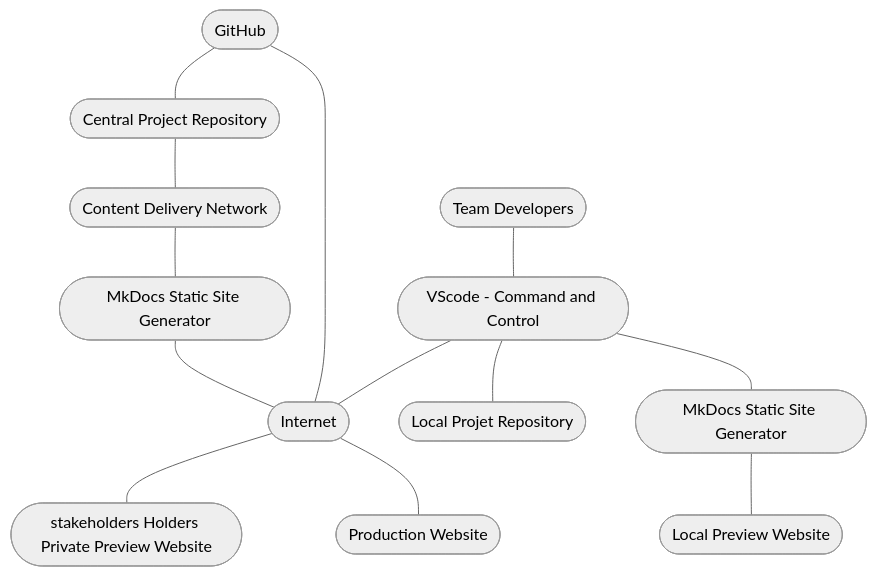
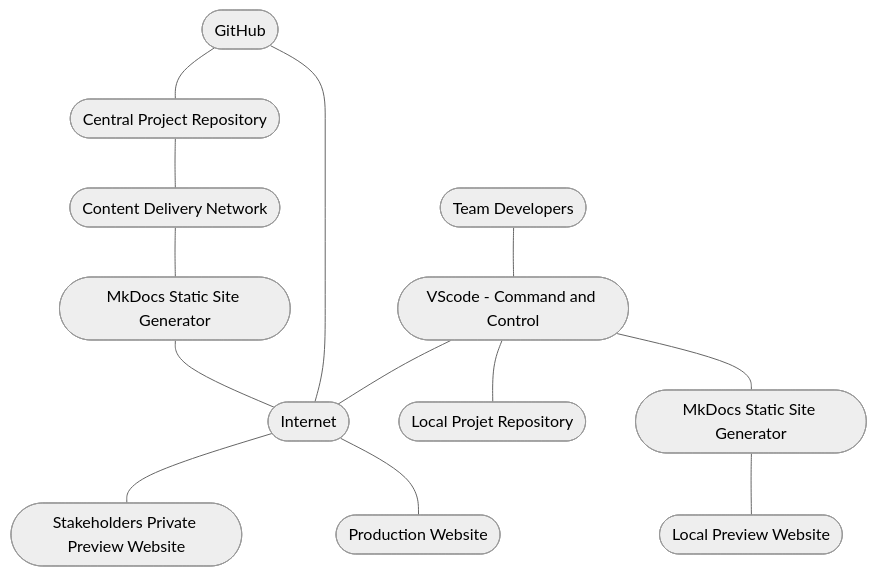
Before and after one commit to JohnTelford/mkdocs: the diagram in docs/dev_stack.md, drawn with Mermaid (neutral theme). The commit also changed other lines of this file and 14 other files, not shown here.

````diff
--- a/docs/dev_stack.md
+++ b/docs/dev_stack.md
@@ -13,52 +13,52 @@
 ``` mermaid
 flowchart TB
 	
 	crepo --- cdn
 
 	cdn --- mkdcdn
 
 	mkdcdn --- net
 
 	dev --- vsc 
 
 	github --- crepo
 
 	github --- net
 	
 	vsc --- lrepo
 	
 	net --- prevweb
 
 	net --- proweb
 
 	vsc --- net
 
 	vsc --- mkd
 
 	mkd --- lpreweb
 
 	dev([Team Developers])
 
 	cdn([Content Delivery Network])
 
 	crepo([Central Project Repository])
 
 	github([GitHub]) 
 
 	lrepo([Local Projet Repository])
 
 	lpreweb([Local Preview Website])
 
 	mkd([MkDocs Static Site Generator])
 
 	mkdcdn([MkDocs Static Site Generator])
 
 	net([Internet]) 
 	
-	prevweb([stakeholders Holders Private Preview Website])
+	prevweb([Stakeholders Private Preview Website])
 
 	proweb([Production Website])
 
 	vsc([VScode - Command and Control]) 
 
 ```
````
